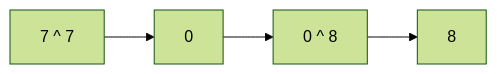
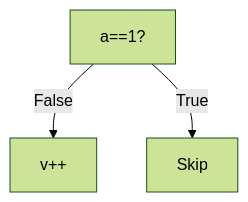
The first of 25 diagrams in part-c-pemahaman-cpp/06-bitwise/latihan/set-01.md (amnahwaida/OSNK_INF_PREP), drawn with Mermaid (forest theme) before and after one commit. The commit also changed other lines of this file and 71 other files, not shown here.

````diff
--- a/part-c-pemahaman-cpp/06-bitwise/latihan/set-01.md
+++ b/part-c-pemahaman-cpp/06-bitwise/latihan/set-01.md
@@ -23,6 +23,5 @@
 ```mermaid
-graph LR
-    A["7 ^ 7"] --> B[0]
-    B --> C["0 ^ 8"]
-    C --> D["8"]
+graph TD
+A[a==1?] -- False --> B[v++]
+A -- True --> C[Skip]
 ```
````
